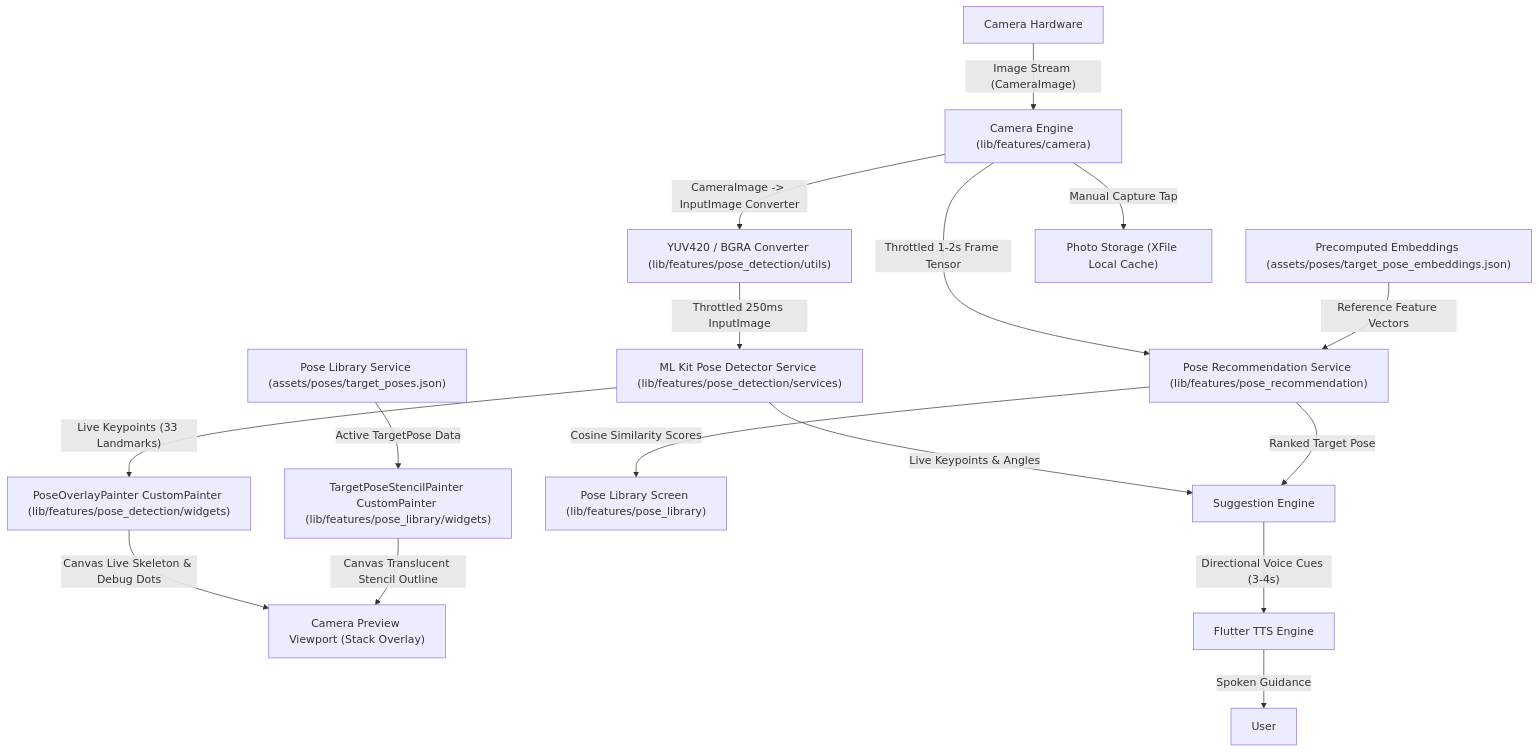
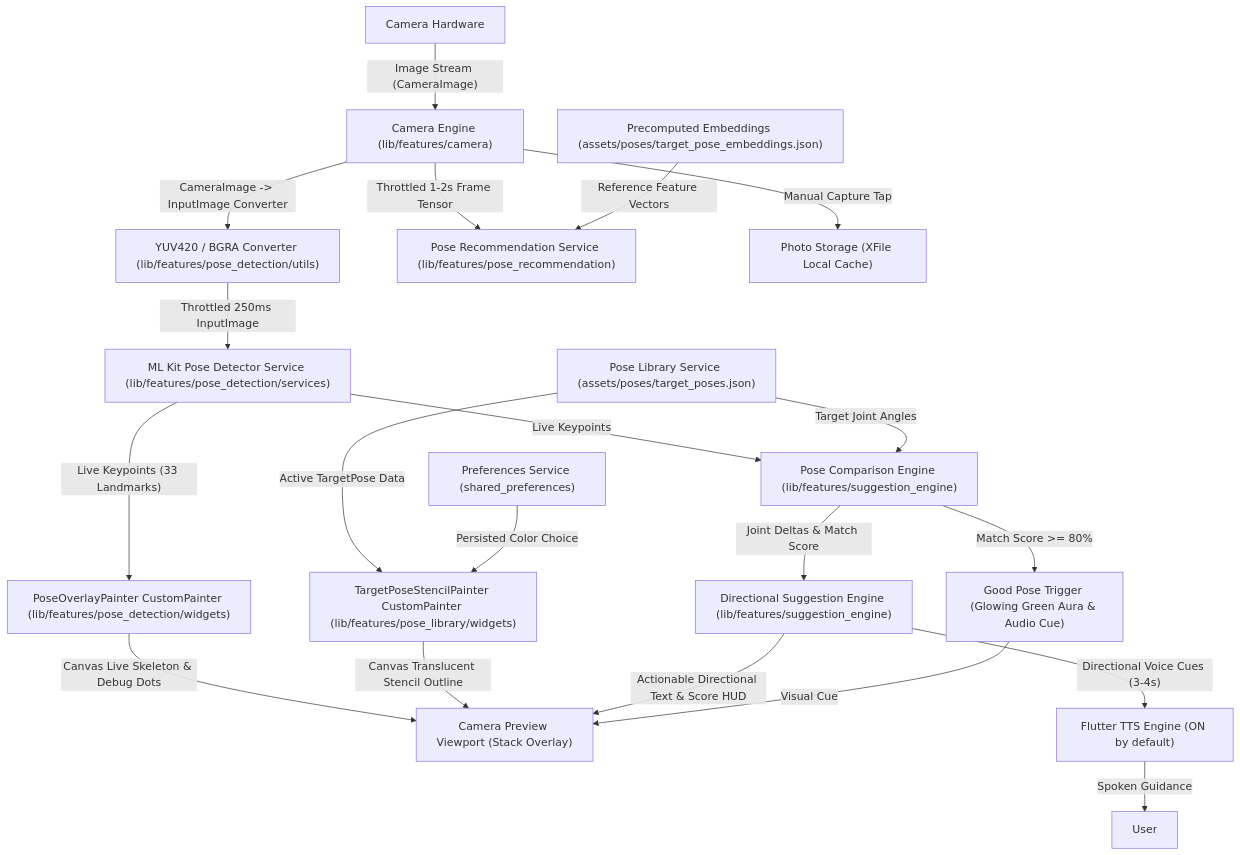
One commit to shubham814026/pose-suggetion changed the diagram in DOCUMENTATION.md. Above: the diagram before and after it, drawn with Mermaid. The commit also changed other lines of this file and 8 other files, not shown here.

````diff
--- a/DOCUMENTATION.md
+++ b/DOCUMENTATION.md
@@ -30,24 +31,30 @@
 ```mermaid
 graph TD
     A["Camera Hardware"] -->|"Image Stream (CameraImage)"| B["Camera Engine (lib/features/camera)"]
     B -->|"CameraImage -> InputImage Converter"| M["YUV420 / BGRA Converter (lib/features/pose_detection/utils)"]
     M -->|"Throttled 250ms InputImage"| C["ML Kit Pose Detector Service (lib/features/pose_detection/services)"]
     
     C -->|"Live Keypoints (33 Landmarks)"| G["PoseOverlayPainter CustomPainter (lib/features/pose_detection/widgets)"]
     G -->|"Canvas Live Skeleton & Debug Dots"| I["Camera Preview Viewport (Stack Overlay)"]
 
     PL["Pose Library Service (assets/poses/target_poses.json)"] -->|"Active TargetPose Data"| ST["TargetPoseStencilPainter CustomPainter (lib/features/pose_library/widgets)"]
     ST -->|"Canvas Translucent Stencil Outline"| I
 
+    PS["Preferences Service (shared_preferences)"] -->|"Persisted Color Choice"| ST
+
     B -->|"Throttled 1-2s Frame Tensor"| PR["Pose Recommendation Service (lib/features/pose_recommendation)"]
     EMB["Precomputed Embeddings (assets/poses/target_pose_embeddings.json)"] -->|"Reference Feature Vectors"| PR
-    PR -->|"Cosine Similarity Scores"| LV["Pose Library Screen (lib/features/pose_library)"]
+
+    C -->|"Live Keypoints"| CE["Pose Comparison Engine (lib/features/suggestion_engine)"]
+    PL -->|"Target Joint Angles"| CE
+    CE -->|"Joint Deltas & Match Score"| SE["Directional Suggestion Engine (lib/features/suggestion_engine)"]
+    SE -->|"Actionable Directional Text & Score HUD"| I
+
+    CE -->|"Match Score >= 80%"| GP["Good Pose Trigger (Glowing Green Aura & Audio Cue)"]
+    GP -->|Visual Cue| I
 
     B -->|"Manual Capture Tap"| K["Photo Storage (XFile Local Cache)"]
     
-    C -->|"Live Keypoints & Angles"| E["Suggestion Engine"]
-    PR -->|"Ranked Target Pose"| E
-    
-    E -->|"Directional Voice Cues (3-4s)"| H["Flutter TTS Engine"]
+    SE -->|"Directional Voice Cues (3-4s)"| H["Flutter TTS Engine (ON by default)"]
     H -->|"Spoken Guidance"| J["User"]
 ```
````
